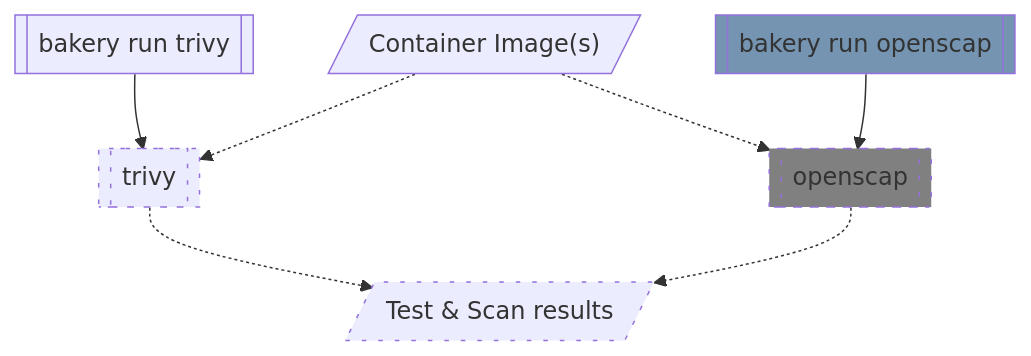
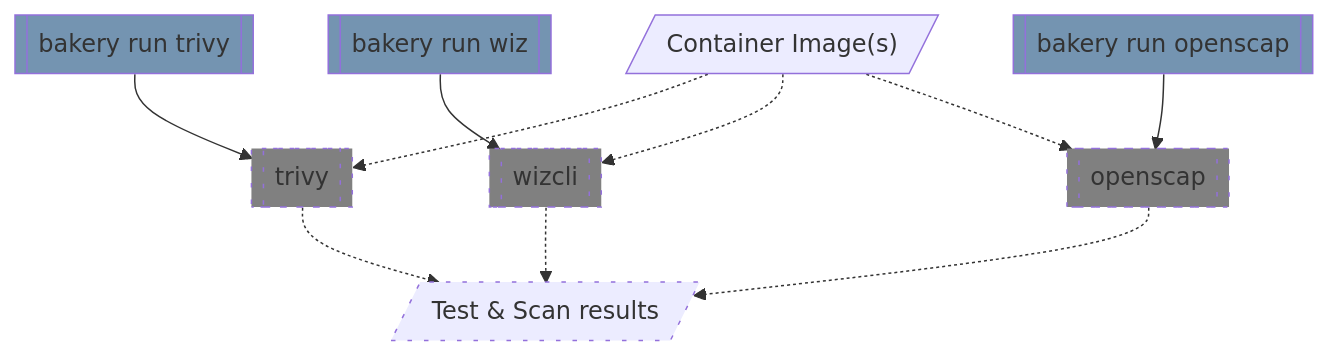
One commit to posit-dev/images-shared changed the sixth of 7 diagrams in posit-bakery/ARCHITECTURE.md. Above: the diagram before and after it, drawn with Mermaid.

Commit message:
Add `wizcli` to security diagram

````diff
--- a/posit-bakery/ARCHITECTURE.md
+++ b/posit-bakery/ARCHITECTURE.md
@@ -199,28 +199,33 @@
 ```mermaid
 flowchart TD
 
     image[/"Container Image(s)"/]
     results[/"Test & Scan results"/]
 
     trivy[[trivy]]
     runTrivy[[bakery run trivy]]
     runTrivy --> trivy
     image -.-> trivy -.-> results
 
+    wizcli[[wizcli]]
+    runWizcli[[bakery run wiz]]
+    runWizcli --> wizcli
+    image -.-> wizcli -.-> results
+
     openscap[[openscap]]
     runOpenscap[[bakery run openscap]]
     runOpenscap --> openscap
     image -.-> openscap -.-> results
 
     classDef tooling fill:#7494B1
     classDef external fill:grey
     classDef progress stroke-dasharray: 2 2
     classDef todo stroke-dasharray: 3 8
 
-    class runSnyk,runOpenscap tooling
-    class snyk,openscap external
+    class runTrivy,runOpenscap,runWizcli tooling
+    class trivy,openscap,wizcli external
 
     %% Mark what we are working on and is in flight %%
-    class inprogress,trivy todo
+    class inprogress,trivy,wizcli todo
     class openscap,results todo
 ```
````
